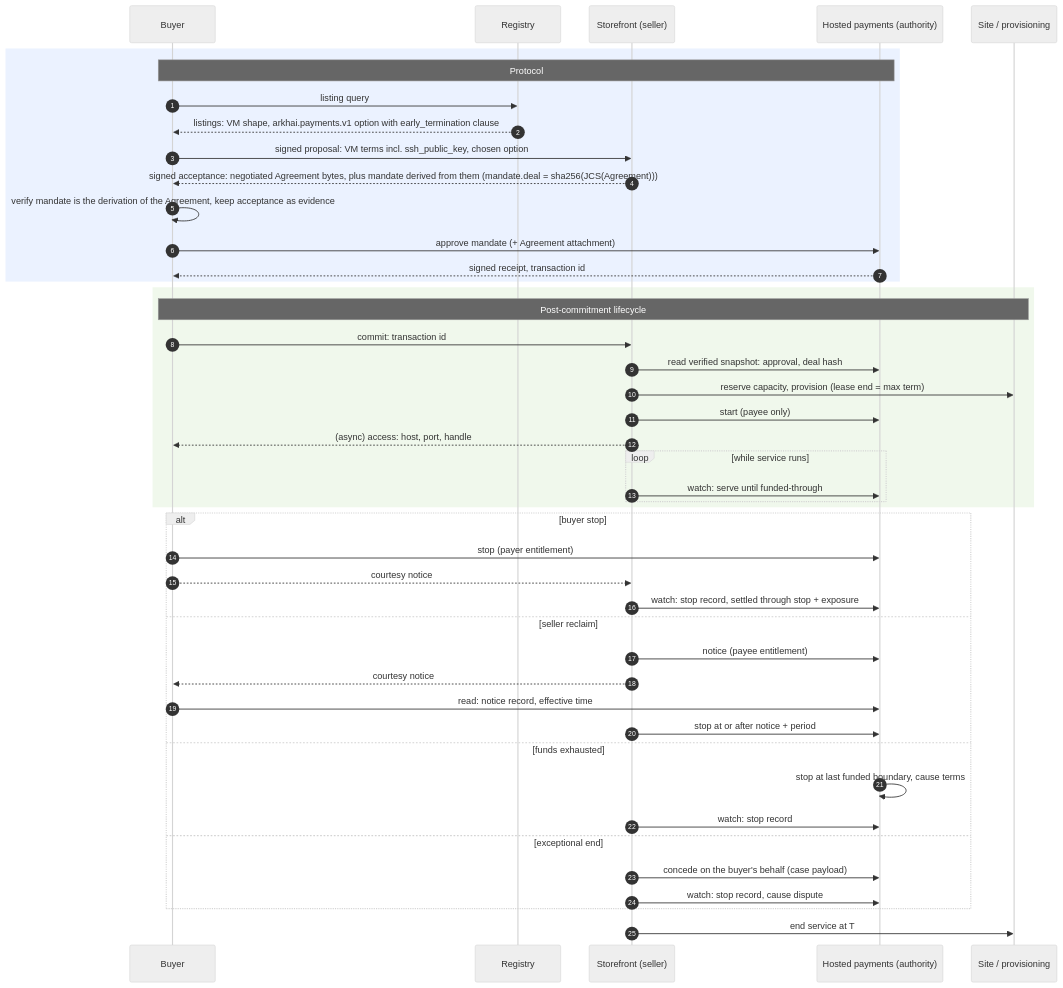
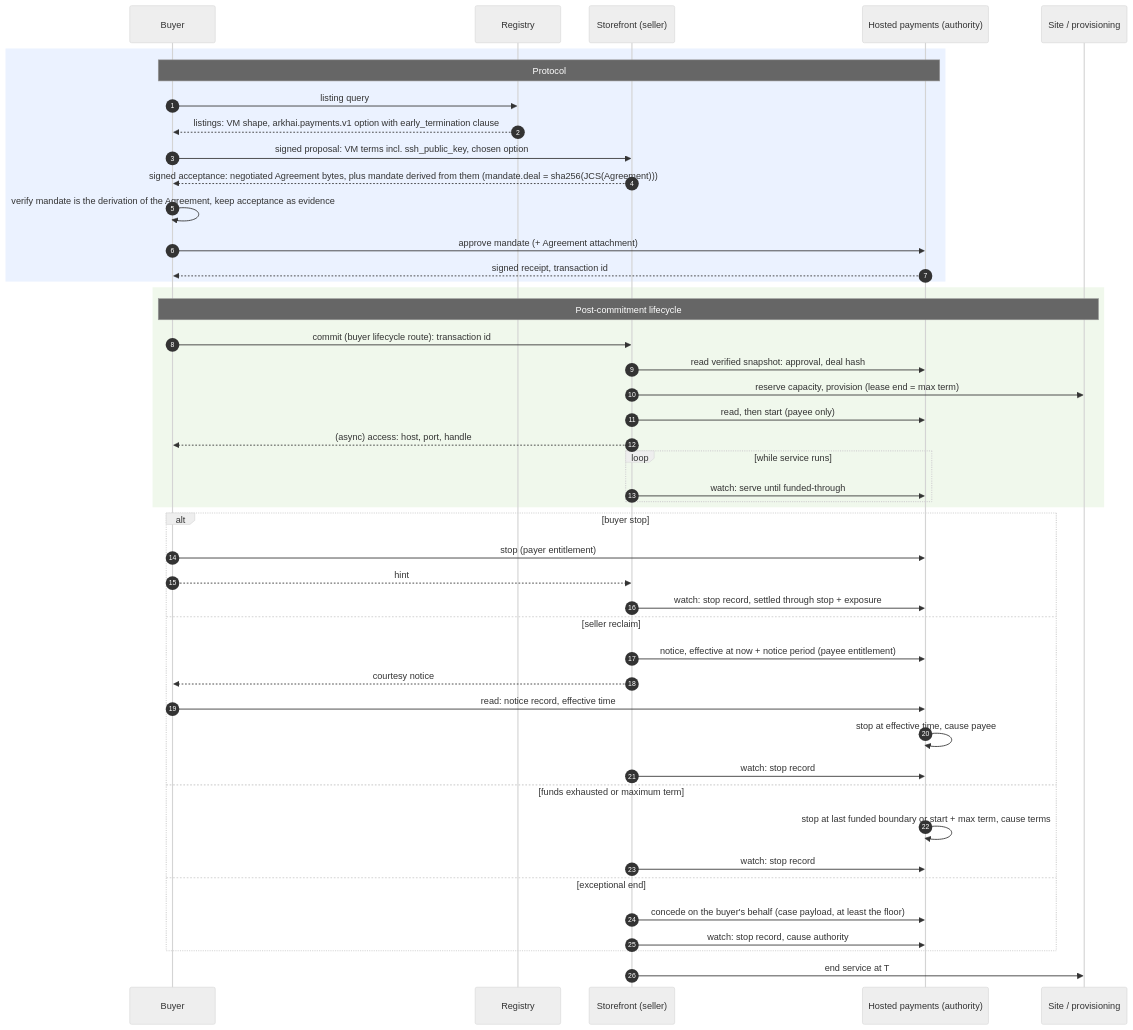
The second of 2 diagrams in openspec/changes/agreed-evidence-and-early-termination/design.md (arkhai-io/simple-compute-market), drawn with Mermaid (neutral theme) before and after one commit. The commit also changed other lines of this file and 5 other files, not shown here.

````diff
--- a/openspec/changes/agreed-evidence-and-early-termination/design.md
+++ b/openspec/changes/agreed-evidence-and-early-termination/design.md
@@ -179,50 +241,51 @@
 ```mermaid
 sequenceDiagram
     autonumber
     participant B as Buyer
     participant R as Registry
     participant S as Storefront (seller)
     participant P as Hosted payments (authority)
     participant X as Site / provisioning
 
     rect rgb(235, 242, 255)
     Note over B,P: Protocol
     B->>R: listing query
     R-->>B: listings: VM shape, arkhai.payments.v1 option with early_termination clause
     B->>S: signed proposal: VM terms incl. ssh_public_key, chosen option
     S-->>B: signed acceptance: negotiated Agreement bytes, plus mandate derived from them (mandate.deal = sha256(JCS(Agreement)))
     B->>B: verify mandate is the derivation of the Agreement, keep acceptance as evidence
     B->>P: approve mandate (+ Agreement attachment)
     P-->>B: signed receipt, transaction id
     end
 
     rect rgb(240, 248, 236)
     Note over B,X: Post-commitment lifecycle
-    B->>S: commit: transaction id
+    B->>S: commit (buyer lifecycle route): transaction id
     S->>P: read verified snapshot: approval, deal hash
     S->>X: reserve capacity, provision (lease end = max term)
-    S->>P: start (payee only)
+    S->>P: read, then start (payee only)
     S-->>B: (async) access: host, port, handle
     loop while service runs
         S->>P: watch: serve until funded-through
     end
     end
 
     alt buyer stop
         B->>P: stop (payer entitlement)
-        B-->>S: courtesy notice
+        B-->>S: hint
         S->>P: watch: stop record, settled through stop + exposure
     else seller reclaim
-        S->>P: notice (payee entitlement)
+        S->>P: notice, effective at now + notice period (payee entitlement)
         S-->>B: courtesy notice
         B->>P: read: notice record, effective time
-        S->>P: stop at or after notice + period
-    else funds exhausted
-        P->>P: stop at last funded boundary, cause terms
+        P->>P: stop at effective time, cause payee
+        S->>P: watch: stop record
+    else funds exhausted or maximum term
+        P->>P: stop at last funded boundary or start + max term, cause terms
         S->>P: watch: stop record
     else exceptional end
-        S->>P: concede on the buyer's behalf (case payload)
-        S->>P: watch: stop record, cause dispute
+        S->>P: concede on the buyer's behalf (case payload, at least the floor)
+        S->>P: watch: stop record, cause authority
     end
     S->>X: end service at T
 ```
````
